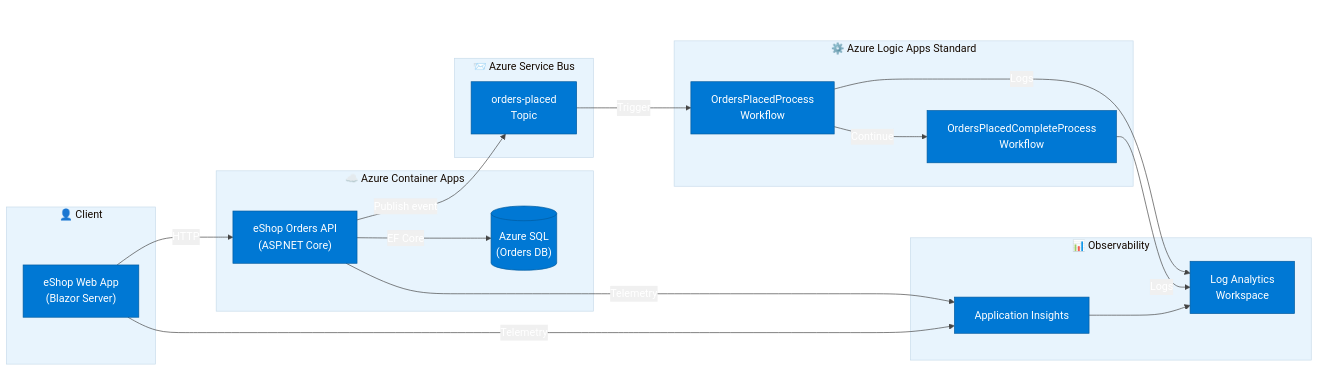
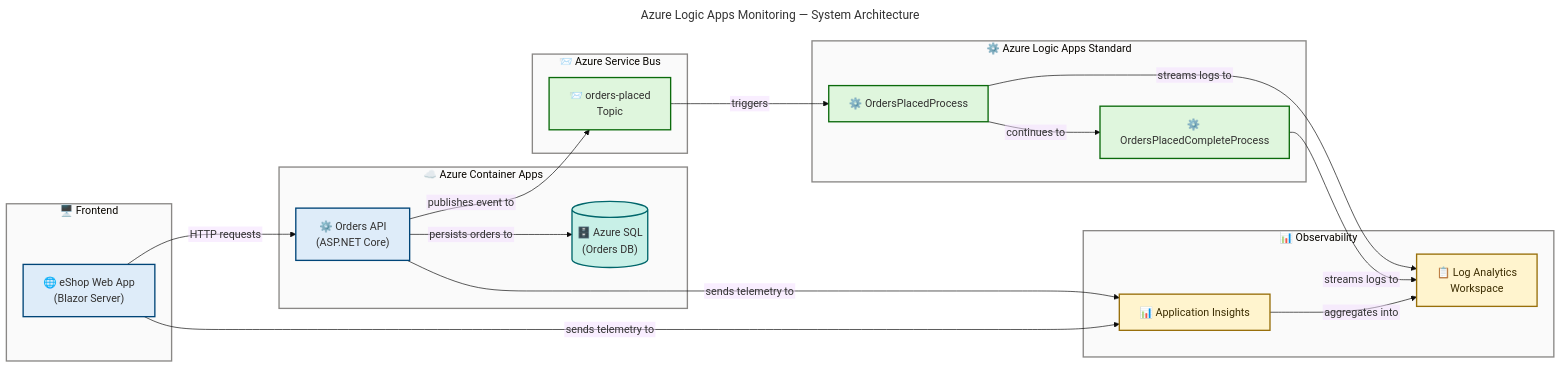
One commit to Evilazaro/Azure-LogicApps-Monitoring changed the diagram in README.md. Above: the diagram before and after it, drawn with Mermaid. The commit also changed other lines of this file, not shown here.

Commit message:
docs: enhance README.md with detailed architecture description, feature table, and improved clarity in deployment instructions

````diff
--- a/README.md
+++ b/README.md
@@ -18,48 +40,74 @@
 ```mermaid
 ---
 title: "Azure Logic Apps Monitoring — System Architecture"
 config:
   theme: base
-  themeVariables:
-    primaryColor: "#0078D4"
-    primaryTextColor: "#ffffff"
-    primaryBorderColor: "#005a9e"
-    lineColor: "#444"
-    secondaryColor: "#f0f0f0"
-    tertiaryColor: "#e8f4fd"
+  flowchart:
+    htmlLabels: false
 ---
 flowchart LR
-    subgraph Client["👤 Client"]
-        UI["eShop Web App\n(Blazor Server)"]
+    accTitle: Azure Logic Apps Monitoring System Architecture
+    accDescr: Event-driven architecture with Blazor Web App and Orders API on Azure Container Apps, Azure SQL for persistence, Service Bus as event backbone, Logic Apps Standard workflows for order fulfilment, and Application Insights plus Log Analytics for end-to-end observability
+
+    %% ═══════════════════════════════════════════════════════════════════════════
+    %% AZURE / FLUENT ARCHITECTURE PATTERN v1.1
+    %% (Semantic + Structural + Font + Accessibility Governance)
+    %% ═══════════════════════════════════════════════════════════════════════════
+    %% PHASE 1 - STRUCTURAL: LR direction, five logical subgraphs, nesting ≤ 2
+    %% PHASE 2 - SEMANTIC: 4 colors (within 5-color limit):
+    %%           azureBlue = frontend + api   (user-facing HTTP layer)
+    %%           azureTeal = data store        (persistence)
+    %%           azureGreen = events + workflows (async processing)
+    %%           azureYellow = observability   (monitoring)
+    %%           neutral containers for structural subgraphs
+    %% PHASE 3 - FONT: Dark text (#323130 / #3B2C00) on light fills (WCAG AA ≥4.5:1)
+    %% PHASE 4 - ACCESSIBILITY: accTitle + accDescr present; icons on ALL content nodes
+    %% PHASE 5 - STANDARD: governance block present; classDefs centralized at top;
+    %%           style directives (NOT class) used for all subgraph containers
+    %% ═══════════════════════════════════════════════════════════════════════════
+
+    classDef azureBlue   fill:#DEECF9,stroke:#004578,stroke-width:2px,color:#323130
+    classDef azureTeal   fill:#C8F0E7,stroke:#00666B,stroke-width:2px,color:#323130
+    classDef azureGreen  fill:#DFF6DD,stroke:#0B6A0B,stroke-width:2px,color:#323130
+    classDef azureYellow fill:#FFF4CE,stroke:#986F0B,stroke-width:2px,color:#3B2C00
+
+    subgraph frontend["🖥️ Frontend"]
+        UI["🌐 eShop Web App\n(Blazor Server)"]:::azureBlue
     end
 
-    subgraph ACA["☁️ Azure Container Apps"]
-        API["eShop Orders API\n(ASP.NET Core)"]
-        DB[("Azure SQL\n(Orders DB)")]
+    subgraph aca["☁️ Azure Container Apps"]
+        API["⚙️ Orders API\n(ASP.NET Core)"]:::azureBlue
+        DB[("🗄️ Azure SQL\n(Orders DB)")]:::azureTeal
     end
 
-    subgraph Messaging["📨 Azure Service Bus"]
-        SBT["orders-placed\nTopic"]
+    subgraph messaging["📨 Azure Service Bus"]
+        SBT["📨 orders-placed\nTopic"]:::azureGreen
     end
 
-    subgraph LogicApps["⚙️ Azure Logic Apps Standard"]
-        WF1["OrdersPlacedProcess\nWorkflow"]
-        WF2["OrdersPlacedCompleteProcess\nWorkflow"]
+    subgraph logicapps["⚙️ Azure Logic Apps Standard"]
+        WF1["⚙️ OrdersPlacedProcess"]:::azureGreen
+        WF2["⚙️ OrdersPlacedCompleteProcess"]:::azureGreen
     end
 
-    subgraph Monitoring["📊 Observability"]
-        AI["Application Insights"]
-        LA["Log Analytics\nWorkspace"]
+    subgraph observability["📊 Observability"]
+        AI["📊 Application Insights"]:::azureYellow
+        LA["📋 Log Analytics\nWorkspace"]:::azureYellow
     end
 
-    UI -->|"HTTP"| API
-    API -->|"EF Core"| DB
-    API -->|"Publish event"| SBT
-    SBT -->|"Trigger"| WF1
-    WF1 -->|"Continue"| WF2
-    API -->|"Telemetry"| AI
-    UI -->|"Telemetry"| AI
-    WF1 -->|"Logs"| LA
-    WF2 -->|"Logs"| LA
-    AI --> LA
+    UI  -->|"HTTP requests"| API
+    API -->|"persists orders to"| DB
+    API -->|"publishes event to"| SBT
+    SBT -->|"triggers"| WF1
+    WF1 -->|"continues to"| WF2
+    API -->|"sends telemetry to"| AI
+    UI  -->|"sends telemetry to"| AI
+    WF1 -->|"streams logs to"| LA
+    WF2 -->|"streams logs to"| LA
+    AI  -->|"aggregates into"| LA
+
+    style frontend      fill:#FAFAFA,stroke:#8A8886,stroke-width:2px
+    style aca           fill:#FAFAFA,stroke:#8A8886,stroke-width:2px
+    style messaging     fill:#FAFAFA,stroke:#8A8886,stroke-width:2px
+    style logicapps     fill:#FAFAFA,stroke:#8A8886,stroke-width:2px
+    style observability fill:#FAFAFA,stroke:#8A8886,stroke-width:2px
 ```
````
